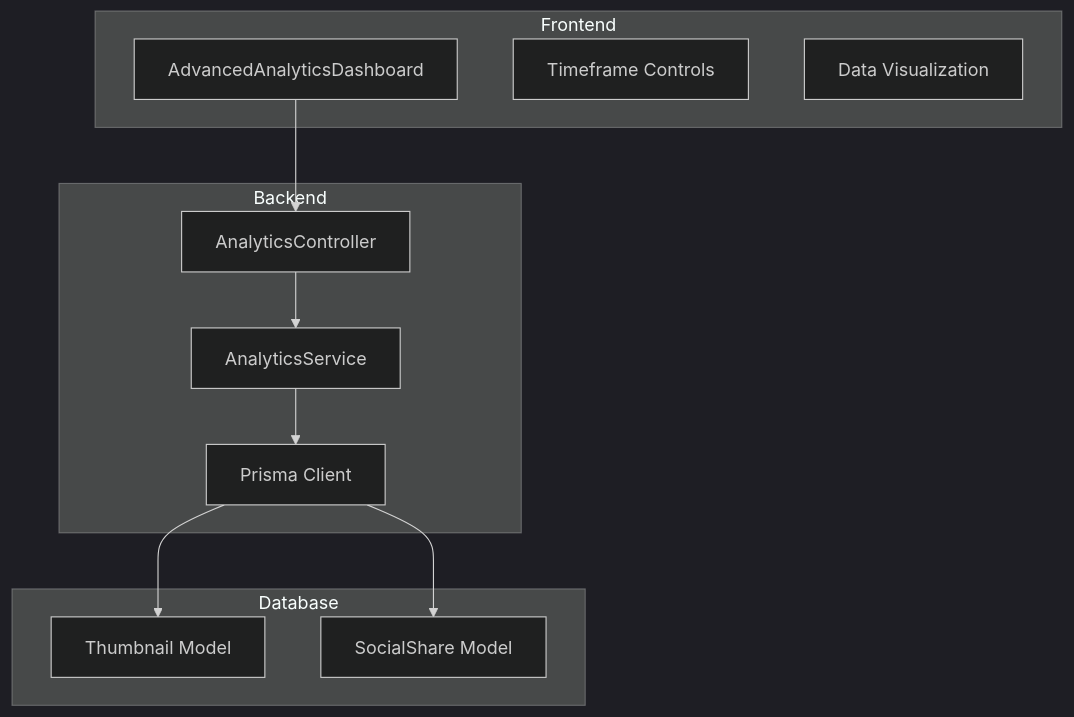
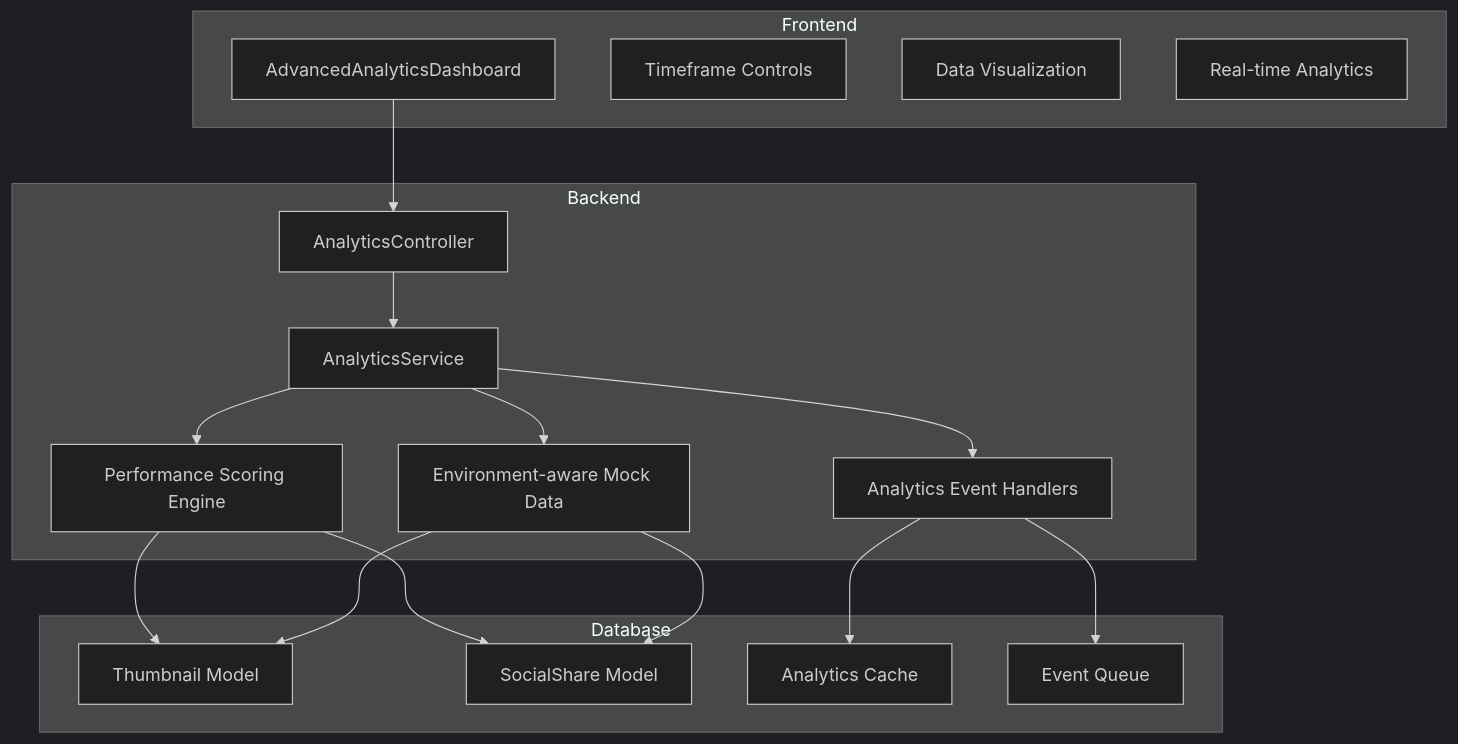
Before and after one commit to Brimstow/ThumPiks: the first of 3 diagrams in .qoder/repowiki/en/content/Analytics & Performance Tracking/Advanced Analytics Features.md, drawn with Mermaid (dark theme). The commit also changed other lines of this file and 900 other files, not shown here.

````diff
--- a/.qoder/repowiki/en/content/Analytics & Performance Tracking/Advanced Analytics Features.md
+++ b/.qoder/repowiki/en/content/Analytics & Performance Tracking/Advanced Analytics Features.md
@@ -36,22 +48,33 @@
 ```mermaid
 graph TB
 subgraph "Frontend"
 A[AdvancedAnalyticsDashboard]
 B[Timeframe Controls]
 C[Data Visualization]
+D[Real-time Analytics]
 end
 subgraph "Backend"
-D[AnalyticsController]
-E[AnalyticsService]
-F[Prisma Client]
+E[AnalyticsController]
+F[AnalyticsService]
+G[Performance Scoring Engine]
+H[Environment-aware Mock Data]
+I[Analytics Event Handlers]
 end
 subgraph "Database"
-G[Thumbnail Model]
-H[SocialShare Model]
+J[Thumbnail Model]
+K[SocialShare Model]
+L[Analytics Cache]
+M[Event Queue]
 end
-A --> D
-D --> E
+A --> E
 E --> F
 F --> G
 F --> H
+F --> I
+I --> L
+I --> M
+G --> J
+G --> K
+H --> J
+H --> K
 ```
````
